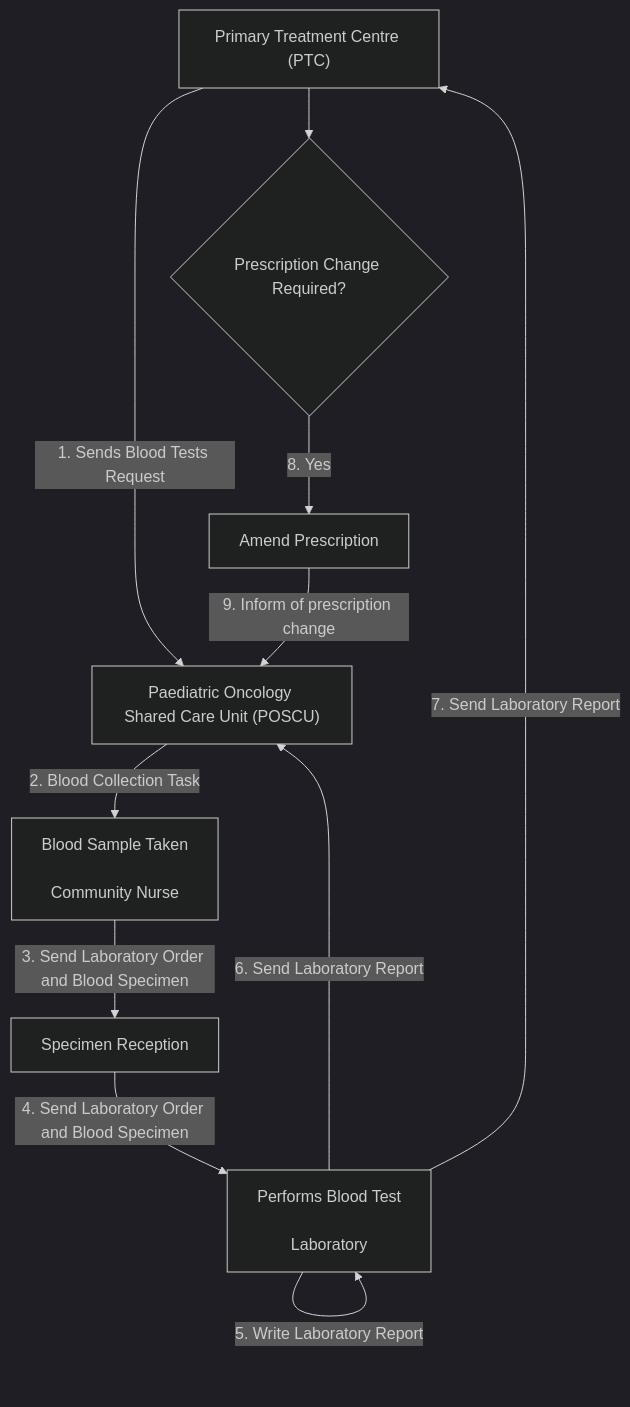
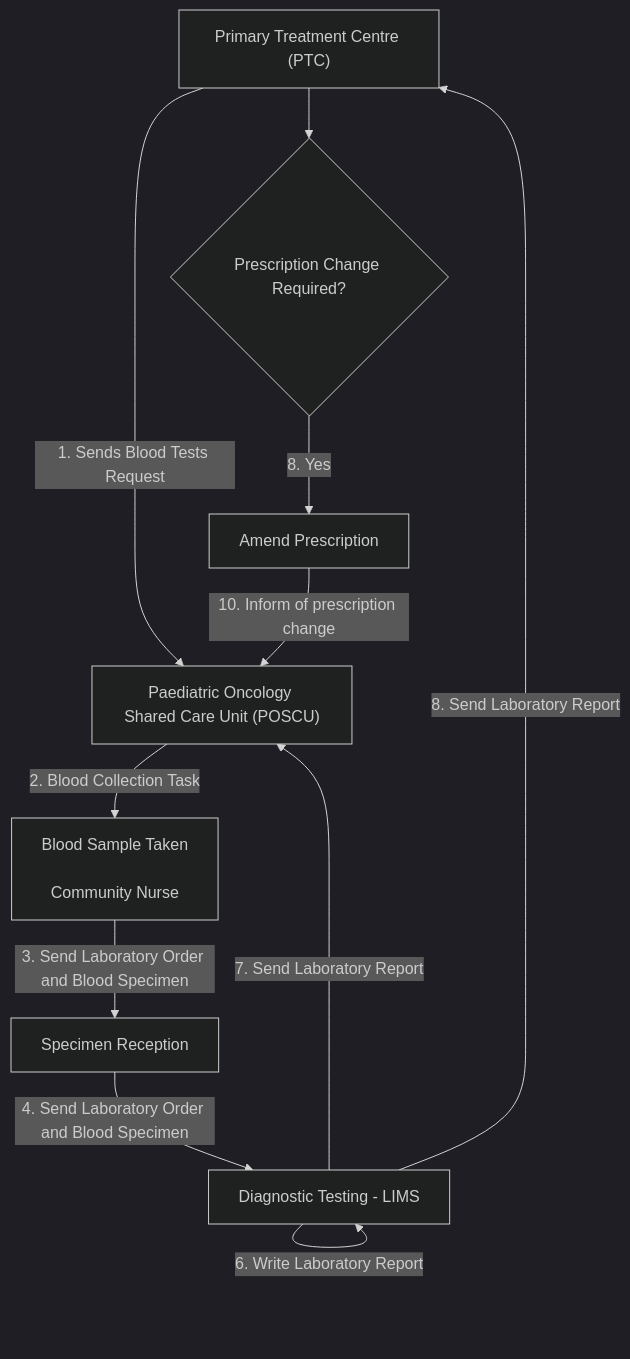
Before and after one commit to uk-gov-mirror/nw-gmsa.nw-gmsa.github.com: the first of 2 diagrams in input/pagecontent/SET.md, drawn with Mermaid (dark theme). The commit also changed other lines of this file, not shown here.

````diff
--- a/input/pagecontent/SET.md
+++ b/input/pagecontent/SET.md
@@ -24,13 +24,14 @@
 ```mermaid
 graph TD
     PTC["Primary Treatment Centre (PTC)"] --> |1. Sends Blood Tests Request| POSCU["Paediatric Oncology Shared Care Unit (POSCU)"]
     POSCU --> |2. Blood Collection Task| Collection["Blood Sample Taken<br/><br/>Community Nurse"] 
     Collection --> |3. Send Laboratory Order and Blood Specimen| SpecimenReception[Specimen Reception]
-    SpecimenReception --> |4. Send Laboratory Order and Blood Specimen| LIMS[Performs Blood Test<br/><br/>Laboratory]
-    LIMS --> |5. Write Laboratory Report| LIMS
-    LIMS --> |6. Send Laboratory Report| POSCU
-    LIMS --> |7. Send Laboratory Report| PTC
+    SpecimenReception --> |4. Send Laboratory Order and Blood Specimen| LIMS[Diagnostic Testing - LIMS]
+    LIMS --> |5. Performs Blood Test| LIMS
+    LIMS --> |6. Write Laboratory Report| LIMS
+    LIMS --> |7. Send Laboratory Report| POSCU
+    LIMS --> |8. Send Laboratory Report| PTC
     PTC --> Prescription{Prescription Change Required?}
     Prescription --> |8. Yes| Medication[Amend Prescription]
-    Medication --> |9. Inform of prescription change| POSCU      
+    Medication --> |10. Inform of prescription change| POSCU      
 ```
````
